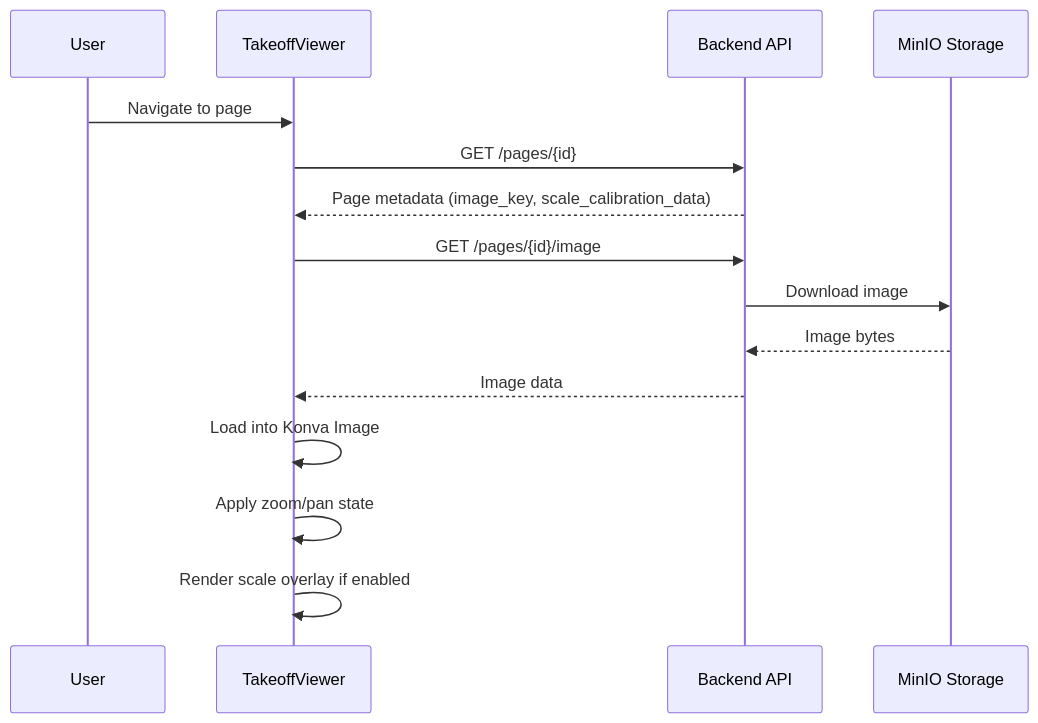
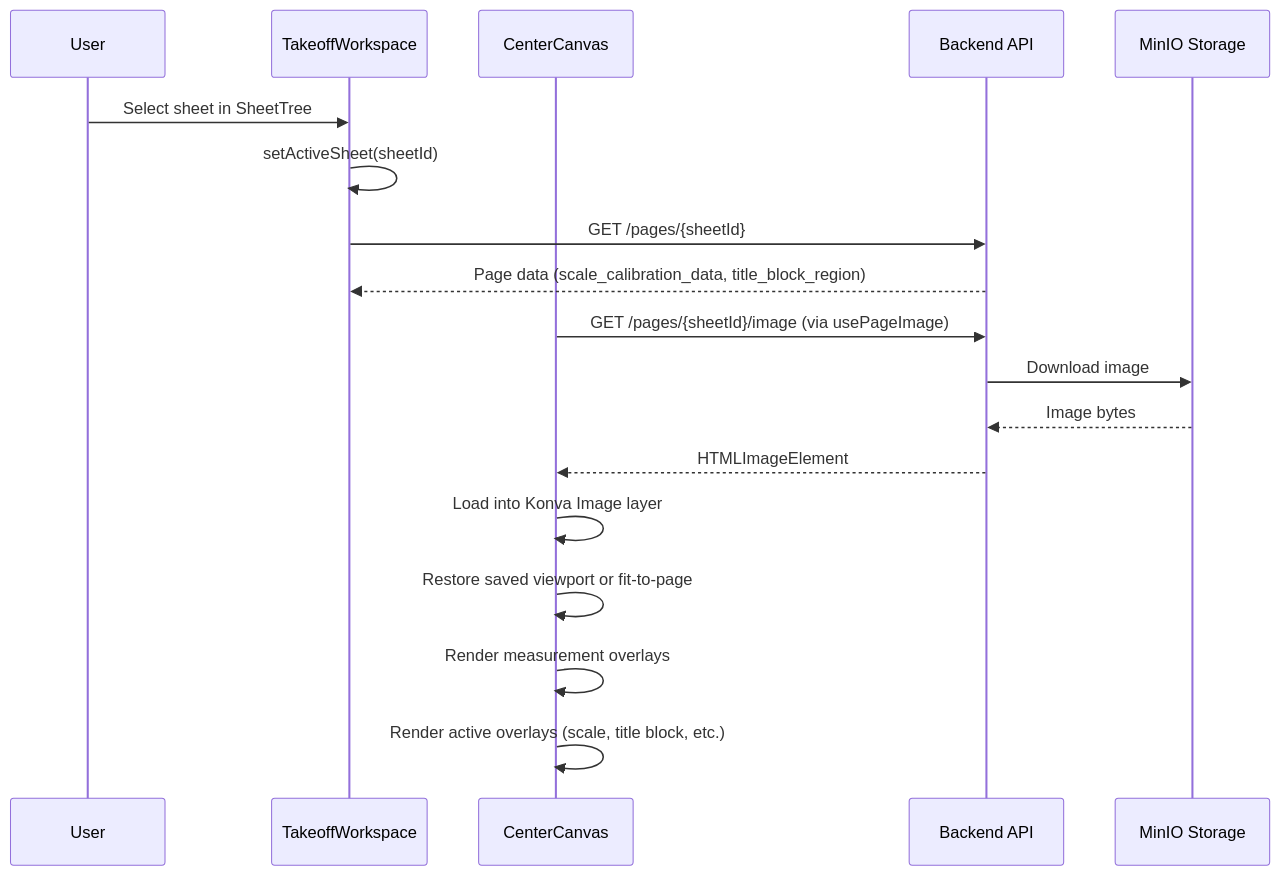
Before and after one commit to jmac122/takeoff-automation: the second of 7 diagrams in docs/diagrams/frontend-viewer-rendering.md, drawn with Mermaid. The commit also changed other lines of this file and 143 other files, not shown here.

````diff
--- a/docs/diagrams/frontend-viewer-rendering.md
+++ b/docs/diagrams/frontend-viewer-rendering.md
@@ -41,20 +62,23 @@
 ```mermaid
 sequenceDiagram
     participant User
-    participant TV as TakeoffViewer
+    participant TW as TakeoffWorkspace
+    participant CC as CenterCanvas
     participant API as Backend API
     participant MinIO as MinIO Storage
 
-    User->>TV: Navigate to page
-    TV->>API: GET /pages/{id}
-    API-->>TV: Page metadata (image_key, scale_calibration_data)
-    
-    TV->>API: GET /pages/{id}/image
+    User->>TW: Select sheet in SheetTree
+    TW->>TW: setActiveSheet(sheetId)
+    TW->>API: GET /pages/{sheetId}
+    API-->>TW: Page data (scale_calibration_data, title_block_region)
+
+    CC->>API: GET /pages/{sheetId}/image (via usePageImage)
     API->>MinIO: Download image
     MinIO-->>API: Image bytes
-    API-->>TV: Image data
-    
-    TV->>TV: Load into Konva Image
-    TV->>TV: Apply zoom/pan state
-    TV->>TV: Render scale overlay if enabled
+    API-->>CC: HTMLImageElement
+
+    CC->>CC: Load into Konva Image layer
+    CC->>CC: Restore saved viewport or fit-to-page
+    CC->>CC: Render measurement overlays
+    CC->>CC: Render active overlays (scale, title block, etc.)
 ```
````
